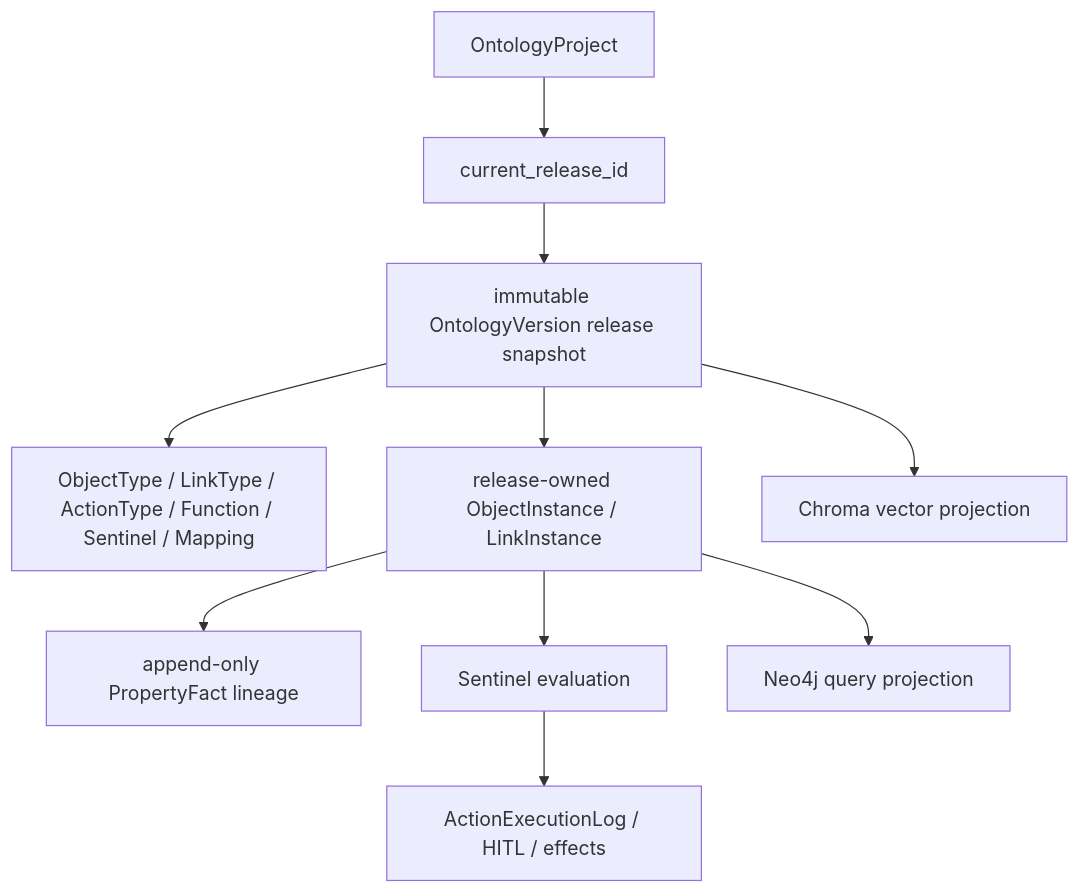
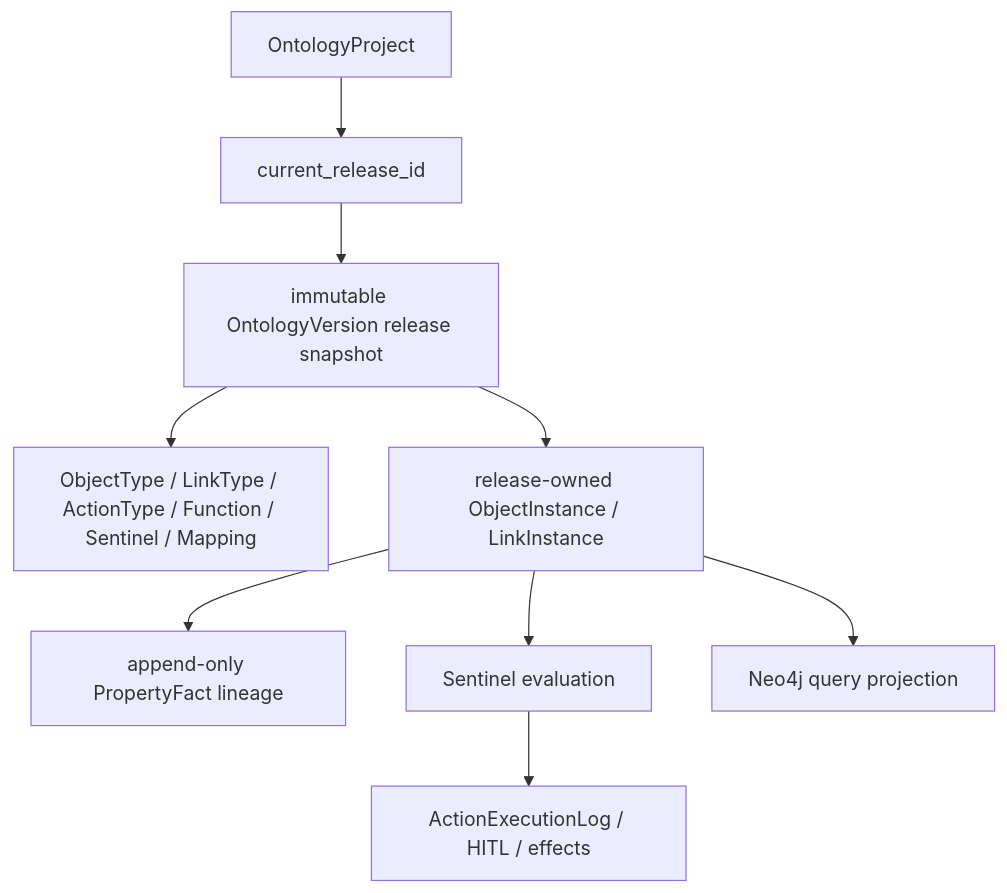
Before and after one commit to Carlehyy/OntologyBuild: the diagram in docs/reference/ontology.md, drawn with Mermaid. The commit also changed other lines of this file and 187 other files, not shown here.

````diff
--- a/docs/reference/ontology.md
+++ b/docs/reference/ontology.md
@@ -14,12 +14,11 @@
 ```mermaid
 flowchart TB
   Project["OntologyProject"] --> Pointer["current_release_id"]
   Pointer --> Release["immutable OntologyVersion release snapshot"]
   Release --> Definitions["ObjectType / LinkType / ActionType / Function / Sentinel / Mapping"]
   Release --> Runtime["release-owned ObjectInstance / LinkInstance"]
   Runtime --> Facts["append-only PropertyFact lineage"]
   Runtime --> Sentinel["Sentinel evaluation"]
   Sentinel --> Actions["ActionExecutionLog / HITL / effects"]
   Runtime --> Neo4j["Neo4j query projection"]
-  Release --> Chroma["Chroma vector projection"]
 ```
````
